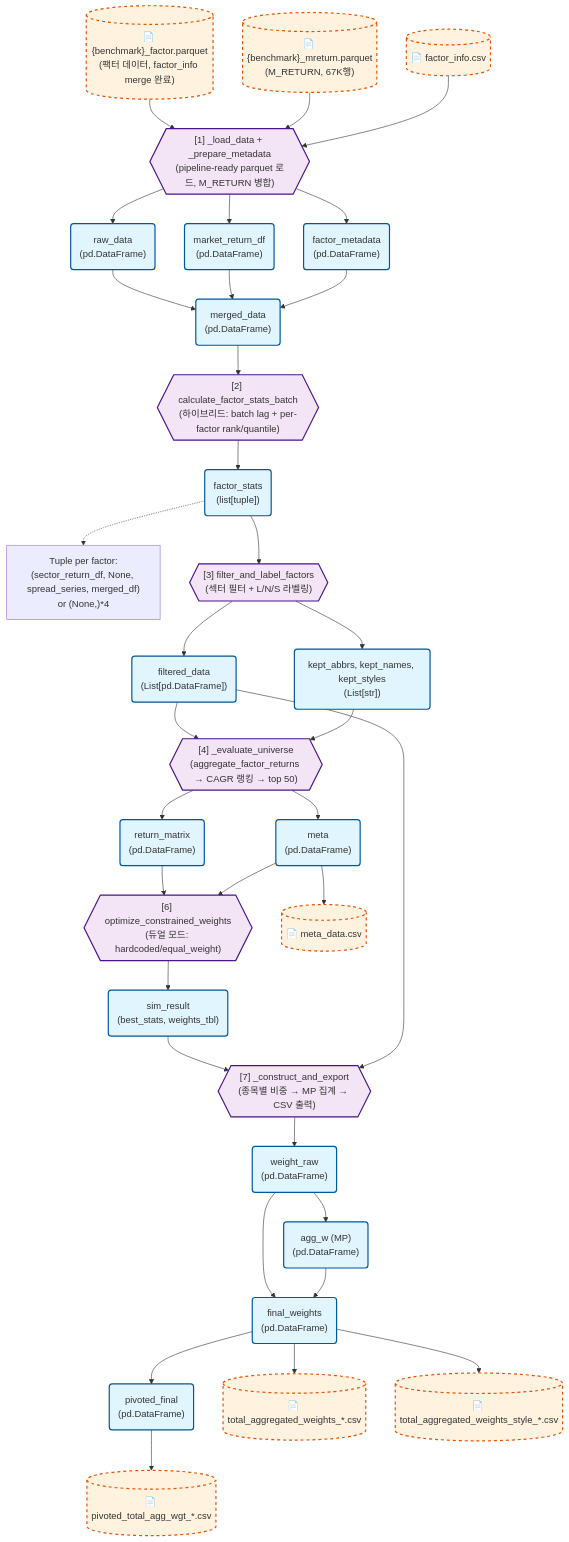
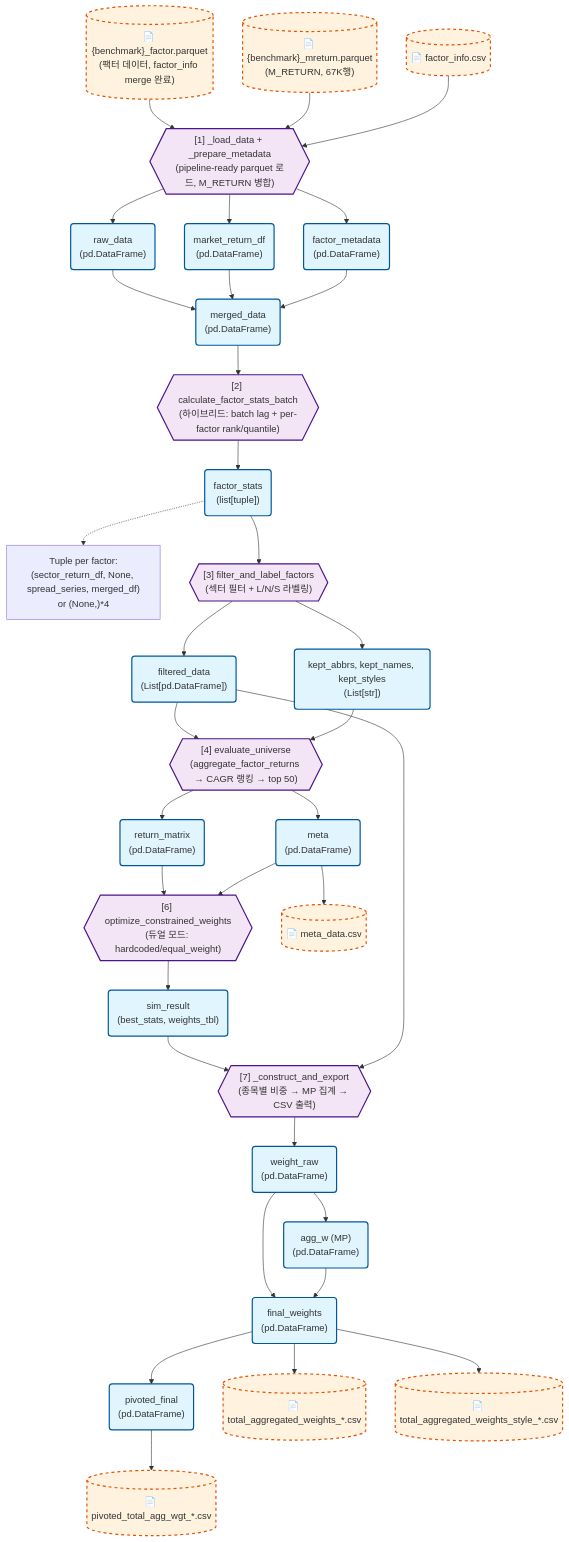
One commit to urhero/bok changed the diagram in docs/VARIABLE_FLOW.md. Above: the diagram before and after it, drawn with Mermaid. The commit also changed other lines of this file and 3 other files, not shown here.

```diff
--- a/docs/VARIABLE_FLOW.md
+++ b/docs/VARIABLE_FLOW.md
@@ -50,7 +50,7 @@
     Func_Filter --> Var_KeptLists
 
     %% --- [4] Evaluate Universe ---
-    Func_GenMeta{{"[4] _evaluate_universe<br/>(aggregate_factor_returns → CAGR 랭킹 → top 50)"}}:::func
+    Func_GenMeta{{"[4] evaluate_universe<br/>(aggregate_factor_returns → CAGR 랭킹 → top 50)"}}:::func
     Var_FacRet("return_matrix<br/>(pd.DataFrame)"):::data
     Var_Meta("meta<br/>(pd.DataFrame)"):::data
 
```
